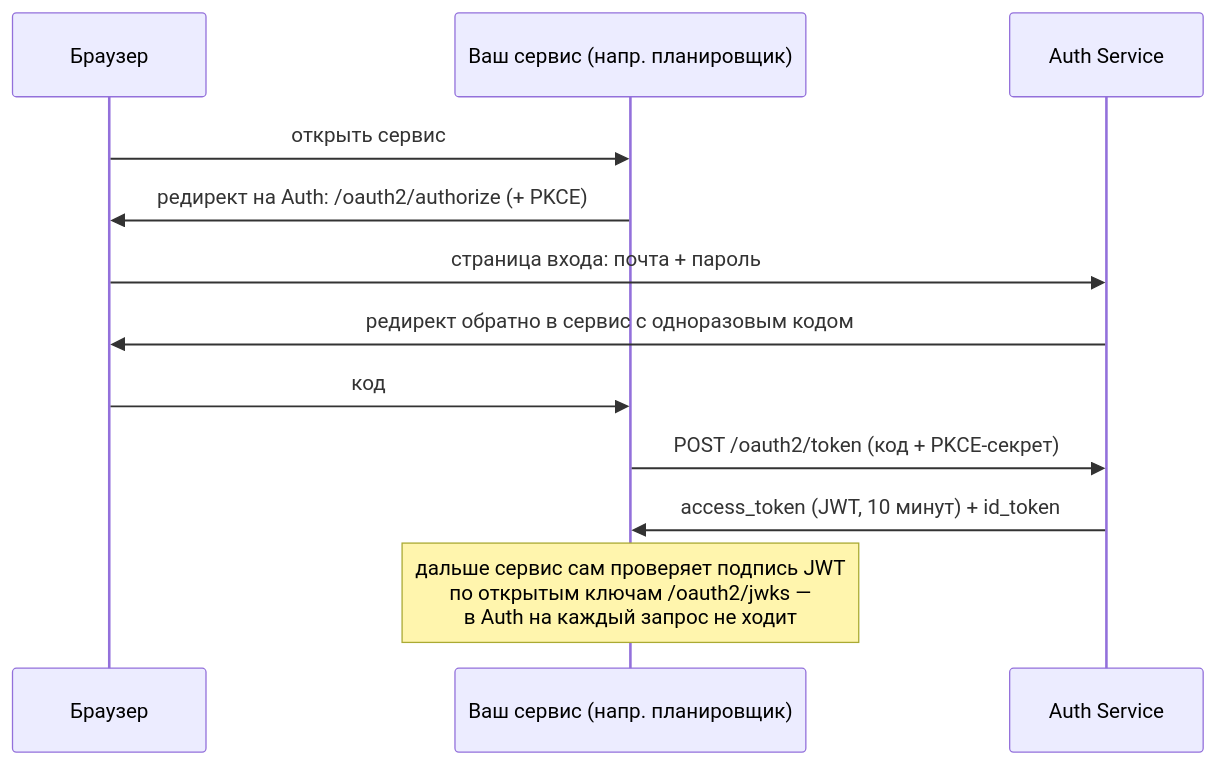
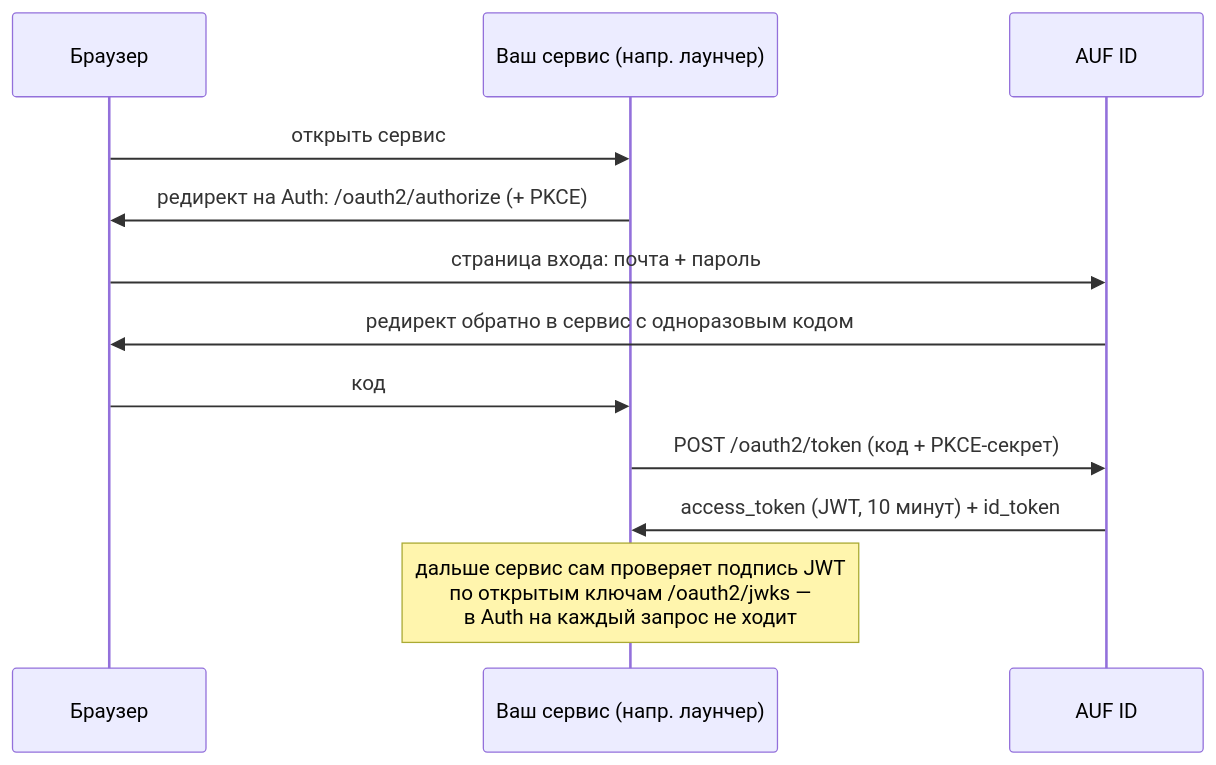
Before and after one commit to Enotik-G/auf-id: the diagram in README.md, drawn with Mermaid. The commit also changed other lines of this file, not shown here.

````diff
--- a/README.md
+++ b/README.md
@@ -27,14 +30,14 @@
 ```mermaid
 sequenceDiagram
     participant B as Браузер
-    participant S as Ваш сервис (напр. планировщик)
-    participant A as Auth Service
+    participant S as Ваш сервис (напр. лаунчер)
+    participant A as AUF ID
     B->>S: открыть сервис
     S->>B: редирект на Auth: /oauth2/authorize (+ PKCE)
     B->>A: страница входа: почта + пароль
     A->>B: редирект обратно в сервис с одноразовым кодом
     B->>S: код
     S->>A: POST /oauth2/token (код + PKCE-секрет)
     A->>S: access_token (JWT, 10 минут) + id_token
     Note over S: дальше сервис сам проверяет подпись JWT<br/>по открытым ключам /oauth2/jwks —<br/>в Auth на каждый запрос не ходит
 ```
````
